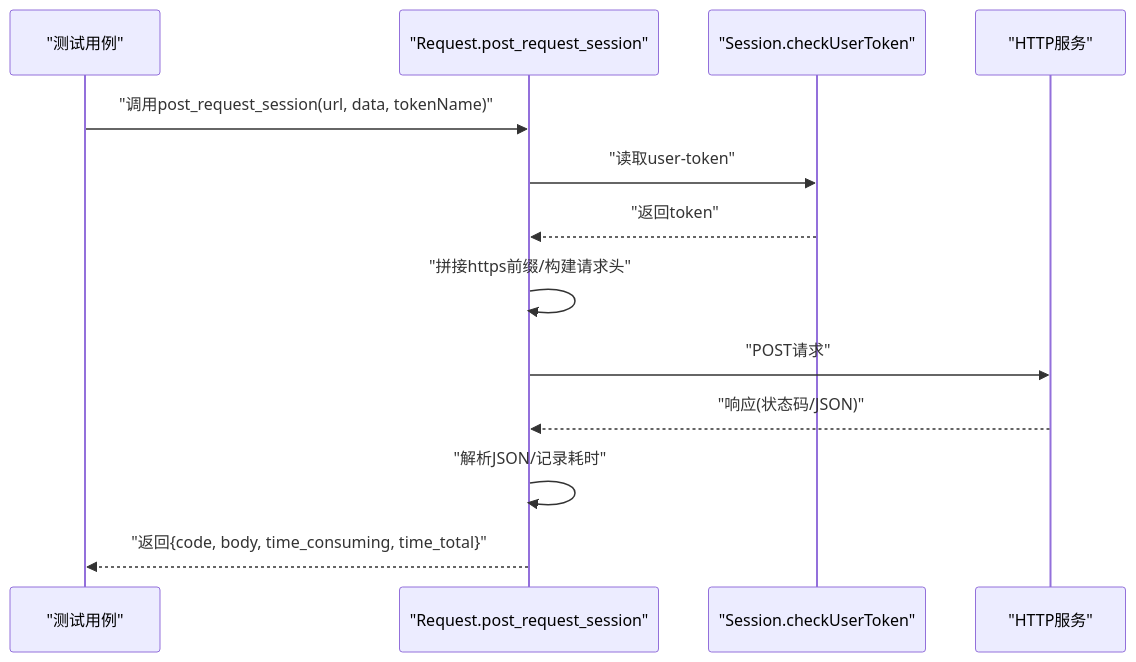
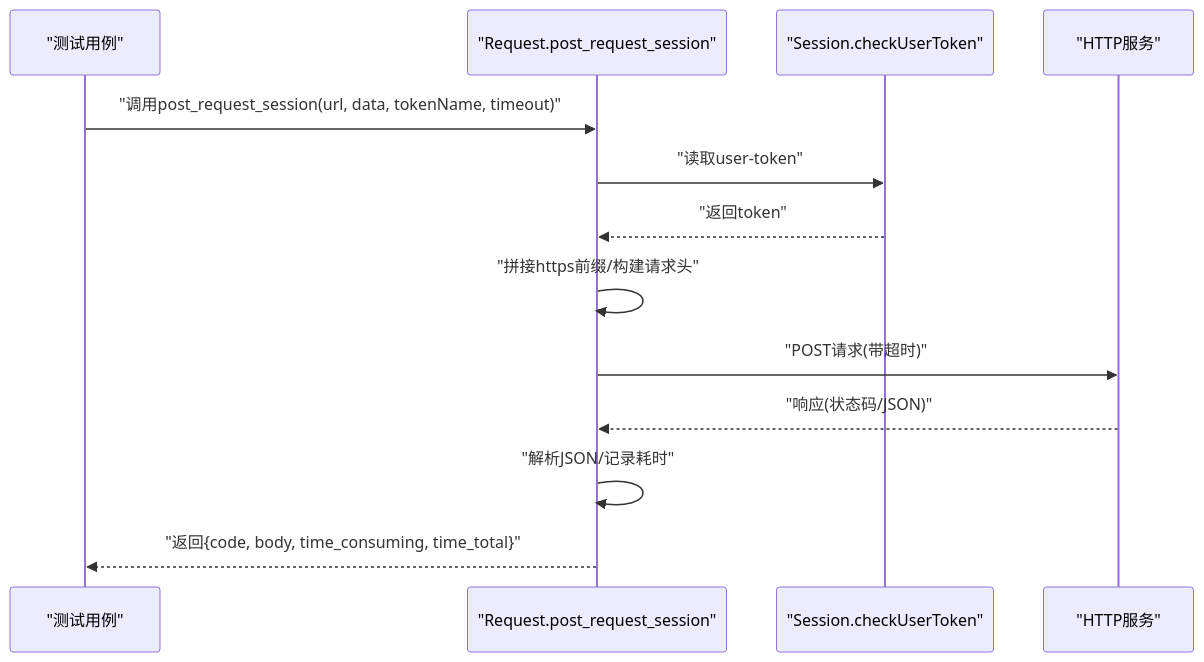
One commit to liximing1-ola/qa-payTest changed the third of 5 diagrams in .qoder/repowiki/zh/content/核心模块/请求处理模块.md. Above: the diagram before and after it, drawn with Mermaid. The commit also changed other lines of this file and 13 other files, not shown here.

````diff
--- a/.qoder/repowiki/zh/content/核心模块/请求处理模块.md
+++ b/.qoder/repowiki/zh/content/核心模块/请求处理模块.md
@@ -156,15 +174,15 @@
 ```mermaid
 sequenceDiagram
 participant T as "测试用例"
 participant R as "Request.post_request_session"
 participant S as "Session.checkUserToken"
 participant H as "HTTP服务"
-T->>R : "调用post_request_session(url, data, tokenName)"
+T->>R : "调用post_request_session(url, data, tokenName, timeout)"
 R->>S : "读取user-token"
 S-->>R : "返回token"
 R->>R : "拼接https前缀/构建请求头"
-R->>H : "POST请求"
+R->>H : "POST请求(带超时)"
 H-->>R : "响应(状态码/JSON)"
 R->>R : "解析JSON/记录耗时"
 R-->>T : "返回{code, body, time_consuming, time_total}"
 ```
````
